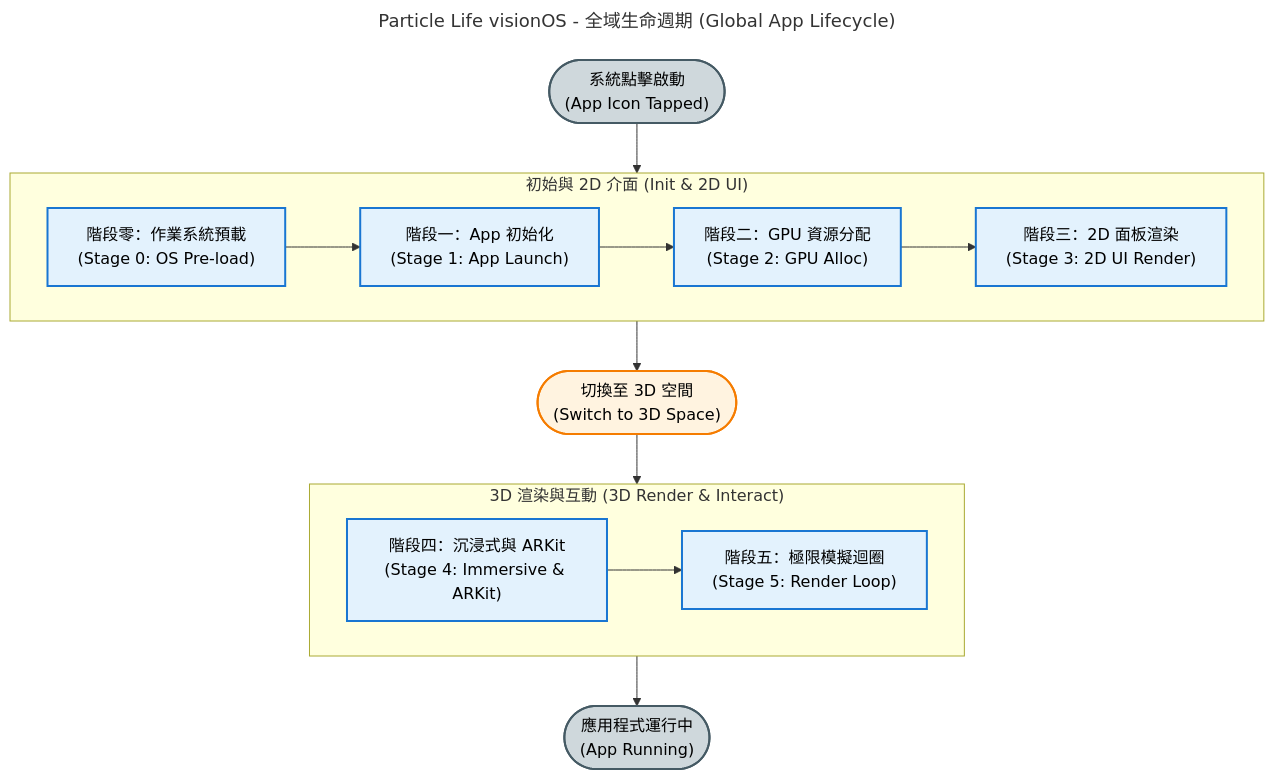
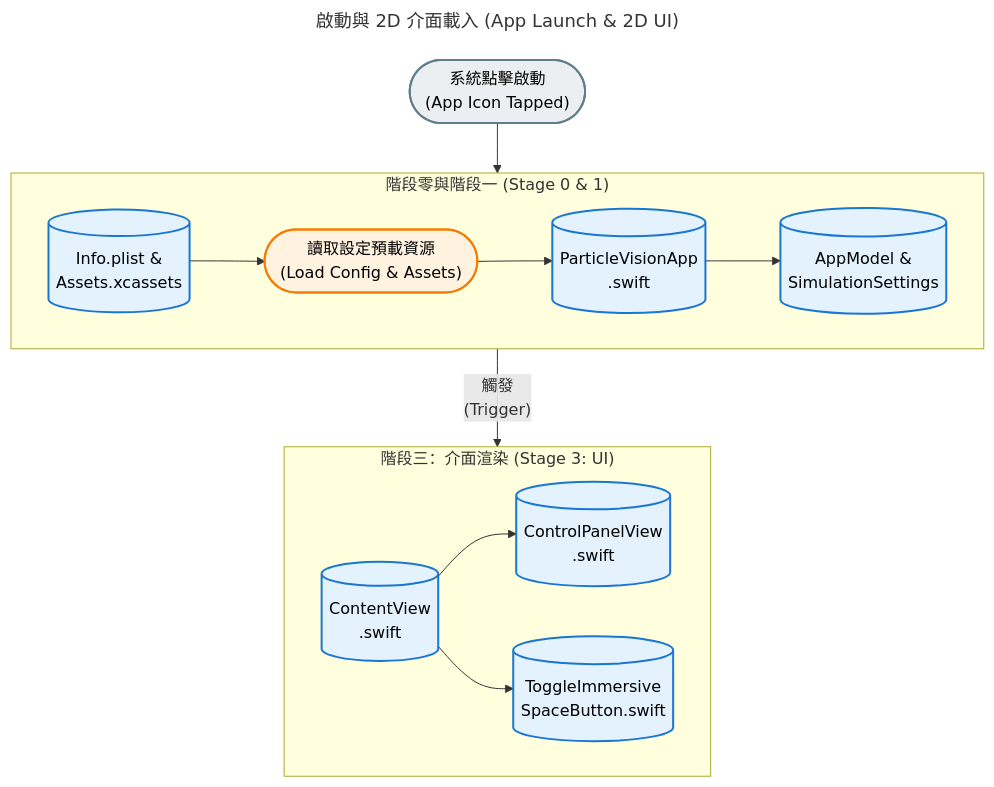
One commit to lennox0909/ParticleVision changed the first of 3 diagrams in README.md. Above: the diagram before and after it, drawn with Mermaid. The commit also changed other lines of this file, not shown here.

Commit message:
revise Flowchart

````diff
--- a/README.md
+++ b/README.md
@@ -170,37 +170,35 @@
 ```mermaid
 ---
-title: Particle Life visionOS - 全域生命週期 (Global App Lifecycle)
+title: 啟動與 2D 介面載入 (App Launch & 2D UI)
 ---
 flowchart TD
     classDef default fill:#f9f9f9,stroke:#333,stroke-width:2px,color:#333;
-    classDef startEnd fill:#cfd8dc,stroke:#455a64,stroke-width:2px,color:#000,rx:10,ry:10;
-    classDef stageNode fill:#e3f2fd,stroke:#1976d2,stroke-width:2px,color:#000;
+    classDef fileNode fill:#e3f2fd,stroke:#1976d2,stroke-width:2px,color:#000;
     classDef action fill:#fff3e0,stroke:#f57c00,stroke-width:2px,color:#000;
+    classDef stage fill:#eceff1,stroke:#607d8b,stroke-width:2px,color:#000;
 
-    S(["系統點擊啟動<br/>(App Icon Tapped)"]):::startEnd
-    E(["應用程式運行中<br/>(App Running)"]):::startEnd
-    Transition(["切換至 3D 空間<br/>(Switch to 3D Space)"]):::action
+    S(["系統點擊啟動<br/>(App Icon Tapped)"]):::stage
 
-    subgraph "初始與 2D 介面 (Init & 2D UI)"
+    subgraph "階段零與階段一 (Stage 0 & 1)"
         direction LR
-        Stage0["階段零：作業系統預載<br/>(Stage 0: OS Pre-load)"]:::stageNode
-        Stage1["階段一：App 初始化<br/>(Stage 1: App Launch)"]:::stageNode
-        Stage2["階段二：GPU 資源分配<br/>(Stage 2: GPU Alloc)"]:::stageNode
-        Stage3["階段三：2D 面板渲染<br/>(Stage 3: 2D UI Render)"]:::stageNode
+        F_Plist[("Info.plist &<br/>Assets.xcassets")]:::fileNode
+        A1(["讀取設定預載資源<br/>(Load Config & Assets)"]):::action
+        F_App[("ParticleVisionApp<br/>.swift")]:::fileNode
+        F_Model[("AppModel &<br/>SimulationSettings")]:::fileNode
         
-        Stage0 --> Stage1 --> Stage2 --> Stage3
+        F_Plist --> A1 --> F_App --> F_Model
     end
 
-    subgraph "3D 渲染與互動 (3D Render & Interact)"
+    subgraph "階段三：介面渲染 (Stage 3: UI)"
         direction LR
-        Stage4["階段四：沉浸式與 ARKit<br/>(Stage 4: Immersive & ARKit)"]:::stageNode
-        Stage5["階段五：極限模擬迴圈<br/>(Stage 5: Render Loop)"]:::stageNode
+        F_Content[("ContentView<br/>.swift")]:::fileNode
+        F_Panel[("ControlPanelView<br/>.swift")]:::fileNode
+        F_Btn[("ToggleImmersive<br/>SpaceButton.swift")]:::fileNode
         
-        Stage4 --> Stage5
+        F_Content --> F_Panel
+        F_Content --> F_Btn
     end
 
-    S --> Stage0
-    Stage3 --> Transition
-    Transition --> Stage4
-    Stage5 --> E
+    S --> F_Plist
+    F_Model -->|"觸發<br/>(Trigger)"| F_Content
 ```
````
